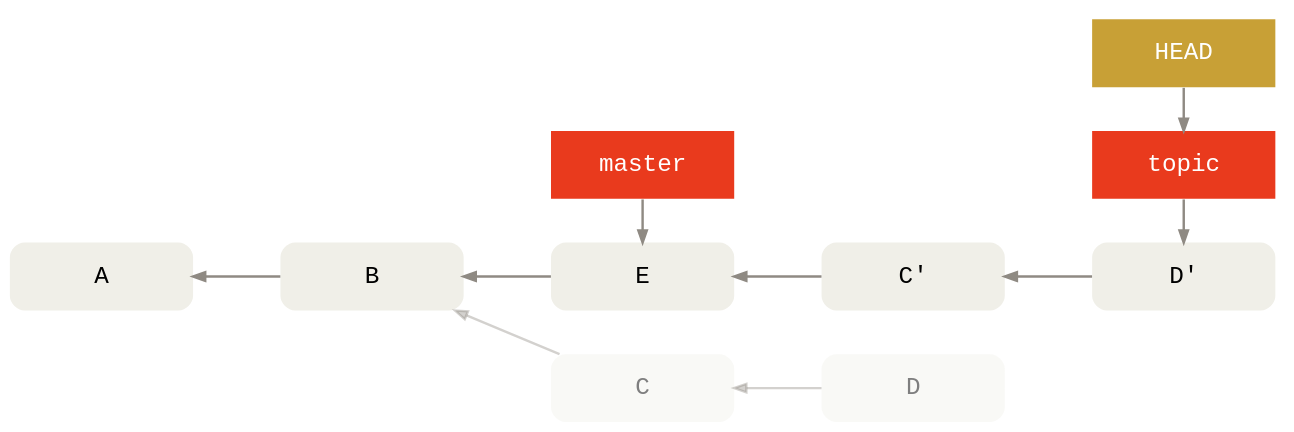
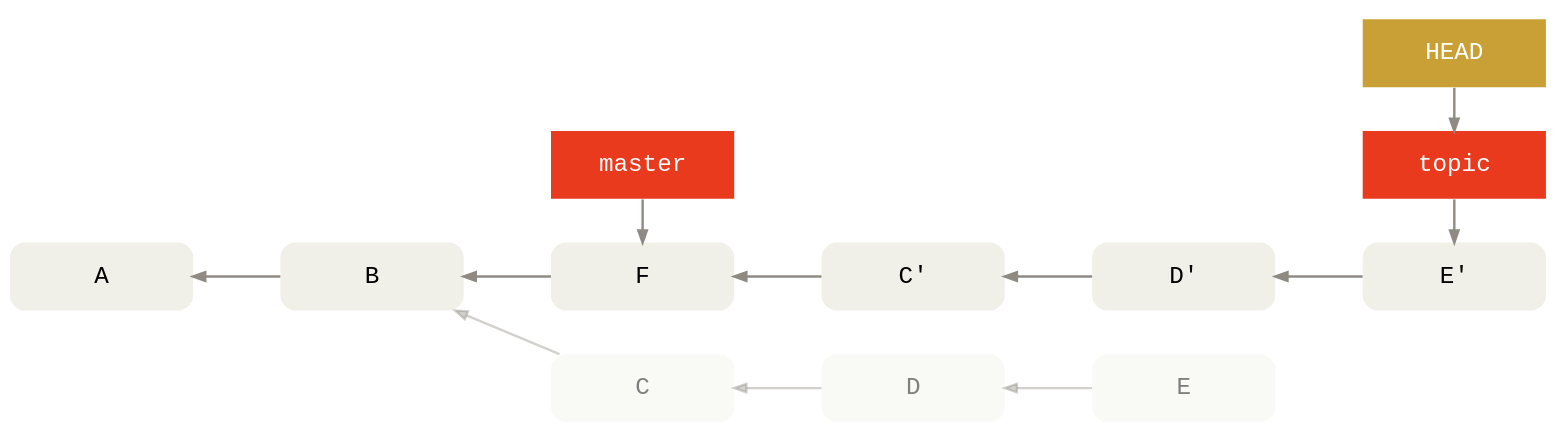
The diagram in images/integration/diverged-history-rebase.gv (agross/git-reveal), drawn with Graphviz before and after one commit. The commit also changed 9 other files, not shown here.

Commit message:
Align diverged graphs with the in-training examples

```diff
--- a/images/integration/diverged-history-rebase.gv
+++ b/images/integration/diverged-history-rebase.gv
@@ -1,52 +1,53 @@
 digraph Git {
   bgcolor="transparent"
 
   rankdir=LR
   ranksep=1
   nodesep=.5
 
   edge [color="#8f8a83"
         penwidth=2
         dir="back"]
   node [shape=box
         fontname="Menlo, Monaco, Consolas, Lucida Console, Courier New, monospace"
         fontsize=20
         margin=".2,.23"
         width=2.1
         penwidth=0]
 
   node [style="rounded,filled"
         fillcolor="#f0efe8"]
   node [group=master]
   Cr [label="C'"]
   Dr [label="D'"]
-  A -> B -> E -> Cr -> Dr
+  Er [label="E'"]
+  A -> B -> F -> Cr -> Dr -> Er
 
   node [style="filled"
         fontcolor="#ffffff"
         fillcolor="#e93a1d"]
   HEAD [fillcolor="#c8a036"]
 
   subgraph cluster_topic {
     color=invis
     {
       rank=same
-      Dr -> topic -> HEAD
+      Er -> topic -> HEAD
     }
   }
 
   subgraph cluster_master {
     color=invis
     {
       rank=same
-      E -> master
+      F -> master
     }
   }
 
   node [style="rounded,filled"
         group=topic
         fillcolor="#f0efe864"
         fontcolor="#7f7f7f"]
   edge [color="#8f8a8364"]
-  B -> C -> D
+  B -> C -> D -> E
 }
```
